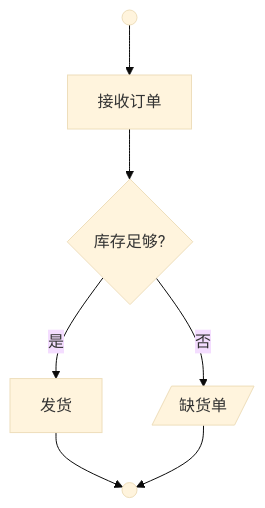
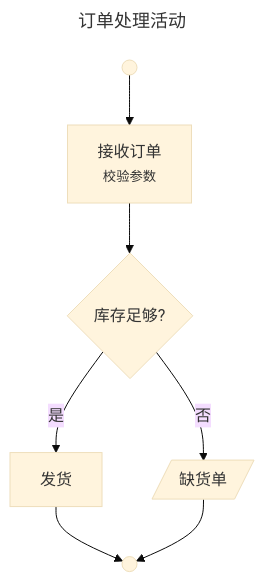
One commit to huang-hee/diagram-kit changed the fifth of 8 diagrams in references/types-flow.md. Above: the diagram before and after it, drawn with Mermaid (base theme). The commit also changed other lines of this file and 248 other files, not shown here.

First line of the commit message:
feat: 示例按统一风格重做，补齐 42 张 drawio 整图示例，默认工具改为 drawio

````diff
--- a/references/types-flow.md
+++ b/references/types-flow.md
@@ -202,9 +214,12 @@
 ```mermaid
+---
+title: 订单处理活动
+---
 flowchart TB
-  S(( )):::bar --> A[接收订单]:::action
+  S(( )):::bar --> A["接收订单<br><small>校验参数</small>"]:::action
   A --> D{库存足够?}:::decision
   D -- 是 --> F[发货]:::action
   D -- 否 --> O[/缺货单/]:::object
   F --> E(( )):::bar
   O --> E
 ```
````
